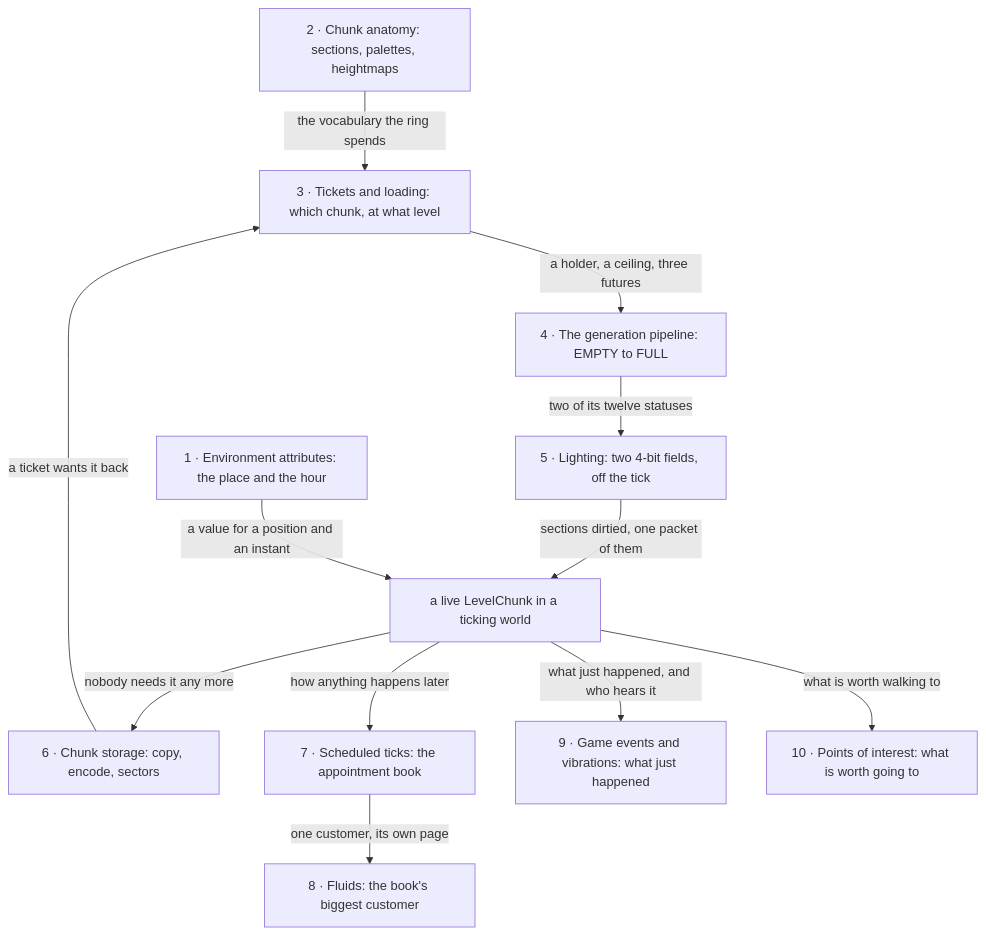
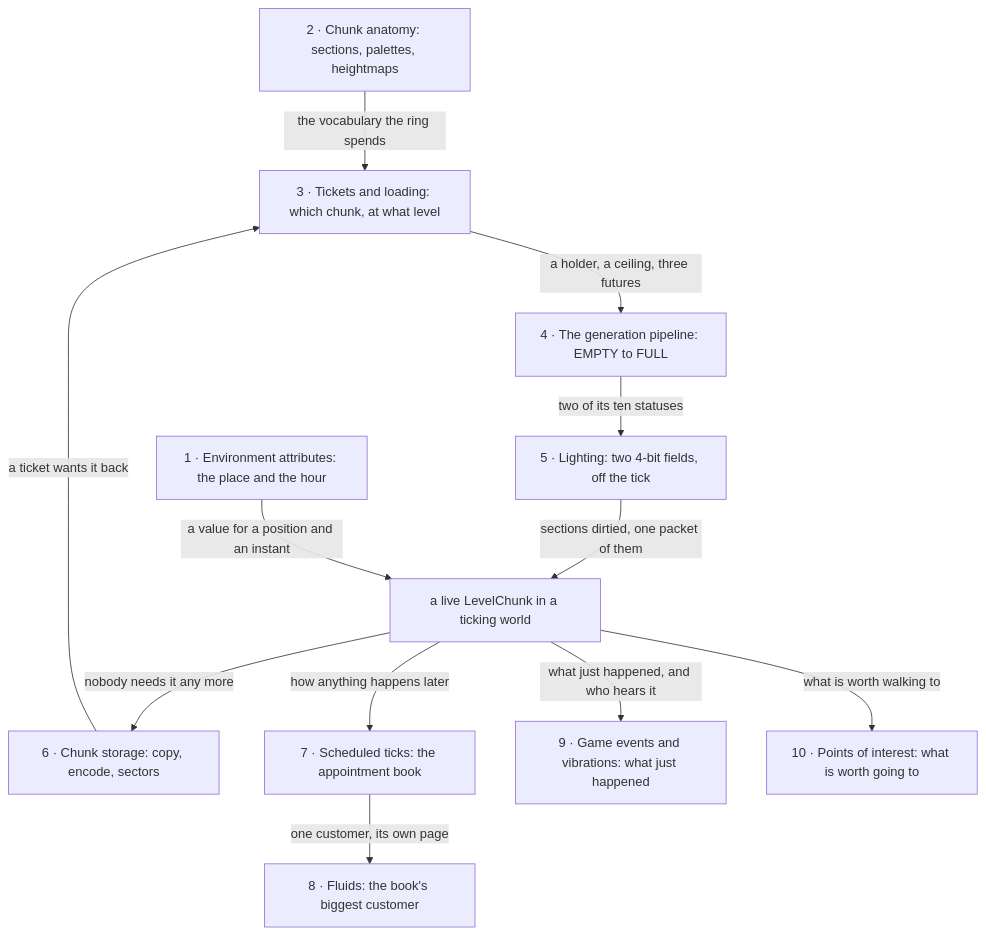
Before and after one commit to AlexanderjFraser/MinecraftDocs: the diagram in src/systems/world/README.md, drawn with Mermaid. The commit also changed other lines of this file and 20 other files, not shown here.

````diff
--- a/src/systems/world/README.md
+++ b/src/systems/world/README.md
@@ -29,25 +30,25 @@
 ```mermaid
 flowchart TD
     CA["2 · Chunk anatomy: sections, palettes, heightmaps"]
     TL["3 · Tickets and loading: which chunk, at what level"]
     GP["4 · The generation pipeline: EMPTY to FULL"]
     LI["5 · Lighting: two 4-bit fields, off the tick"]
     CS["6 · Chunk storage: copy, encode, sectors"]
     LC["a live LevelChunk in a ticking world"]
     EA["1 · Environment attributes: the place and the hour"]
     ST["7 · Scheduled ticks: the appointment book"]
     FL["8 · Fluids: the book's biggest customer"]
     GV["9 · Game events and vibrations: what just happened"]
     PI["10 · Points of interest: what is worth going to"]
     CA -- "the vocabulary the ring spends" --> TL
     TL -- "a holder, a ceiling, three futures" --> GP
-    GP -- "two of its twelve statuses" --> LI
+    GP -- "two of its ten statuses" --> LI
     LI -- "sections dirtied, one packet of them" --> LC
     LC -- "nobody needs it any more" --> CS
     CS -- "a ticket wants it back" --> TL
     LC -- "how anything happens later" --> ST
     ST -- "one customer, its own page" --> FL
     LC -- "what just happened, and who hears it" --> GV
     LC -- "what is worth walking to" --> PI
     EA -- "a value for a position and an instant" --> LC
 ```
````
